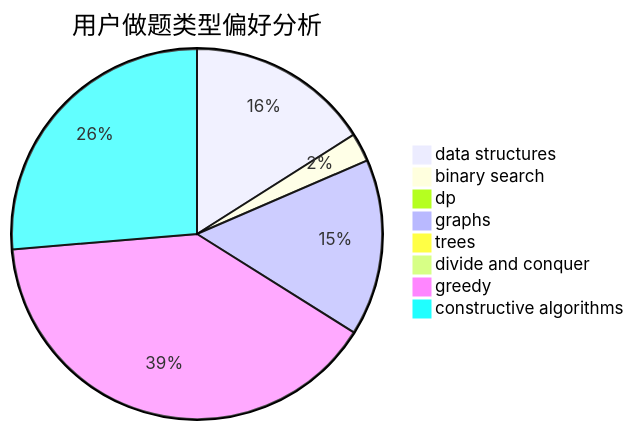
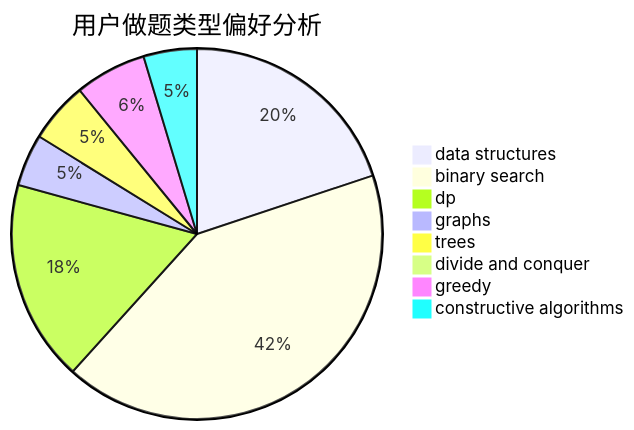
One commit to sherpahu/cfrs.github.io changed the second of 3 diagrams in docs/user/u2616.md. Above: the diagram before and after it, drawn with Mermaid. The commit also changed other lines of this file and 2770 other files, not shown here.

````diff
--- a/docs/user/u2616.md
+++ b/docs/user/u2616.md
@@ -23,11 +23,11 @@
 ```mermaid
 pie title 用户做题类型偏好分析
-    "data structures" :  217
-    "binary search" :  34
-    "dp" :  10
-    "graphs" :  209
-    "trees" :  5
-    "divide and conquer" :  2
-    "greedy" :  539
-    "constructive algorithms" :  357
+    "data structures" :  188
+    "binary search" :  395
+    "dp" :  166
+    "graphs" :  43
+    "trees" :  50
+    "divide and conquer" :  1
+    "greedy" :  59
+    "constructive algorithms" :  44
 ```
````
